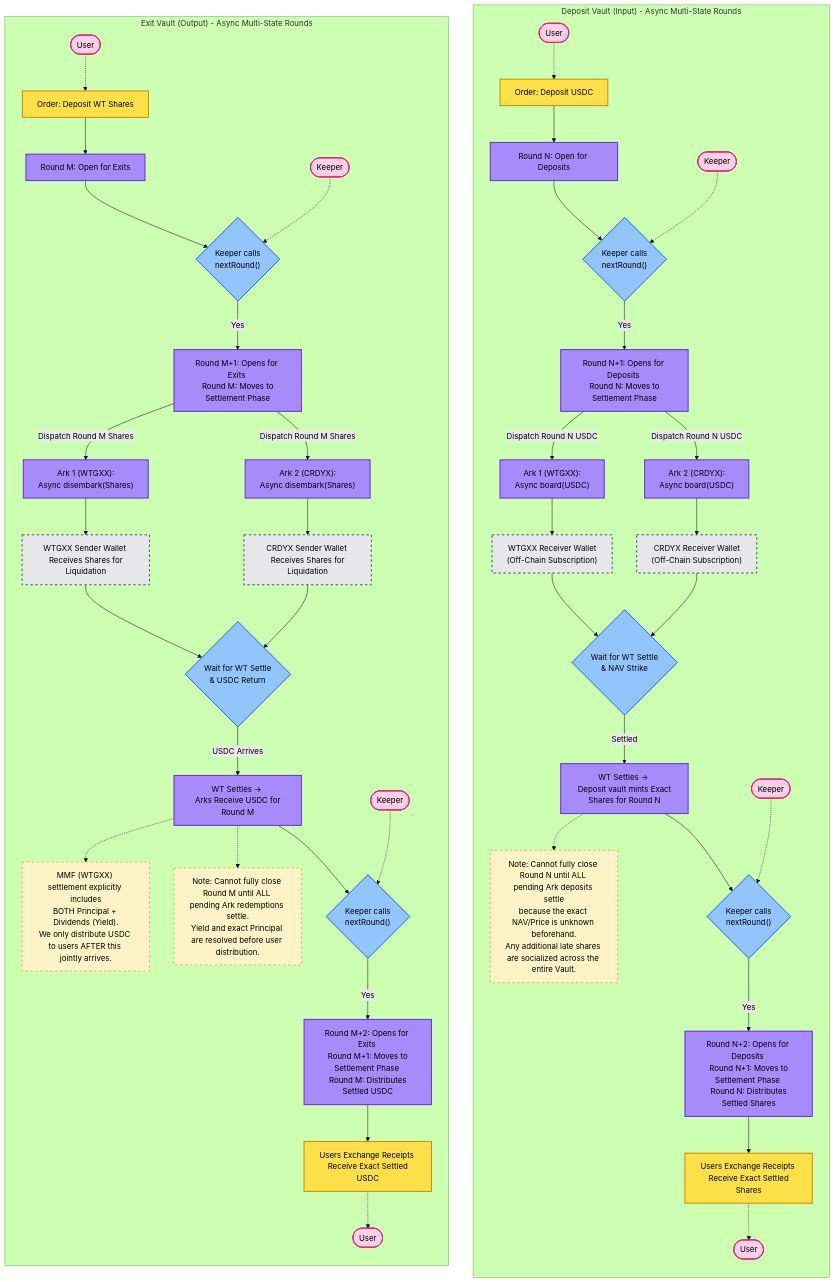
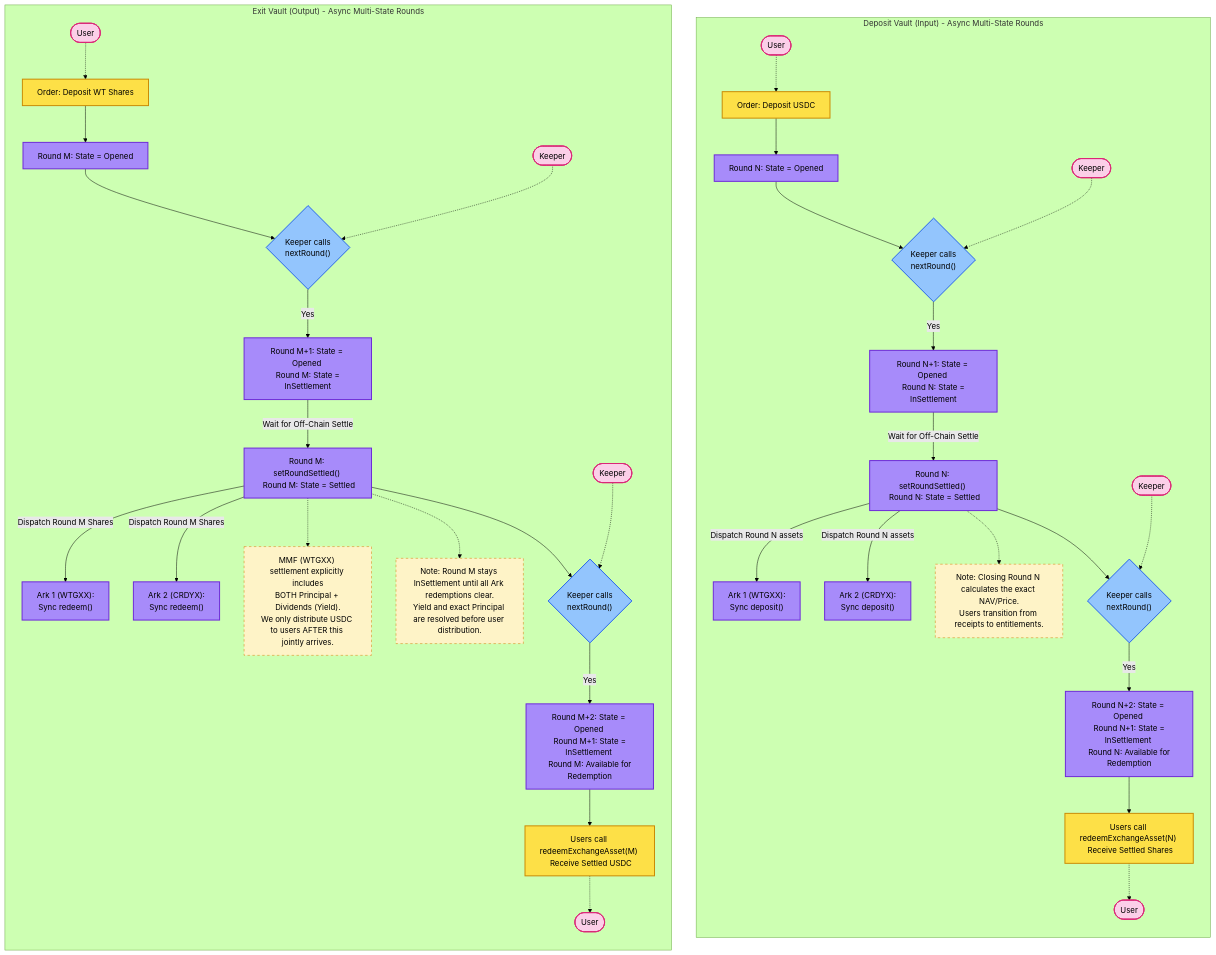
The third of 3 diagrams in packages/core-contracts/src/contracts/rounds-vault/docs/ROUNDS.md (OasisDEX/summer-earn-protocol), drawn with Mermaid (forest theme) before and after one commit. The commit also changed other lines of this file and 5 other files, not shown here.

Commit message:
docs: update rounds vault documentation and add technical references for fleet and wisdom tree ark components

```diff
--- a/packages/core-contracts/src/contracts/rounds-vault/docs/ROUNDS.md
+++ b/packages/core-contracts/src/contracts/rounds-vault/docs/ROUNDS.md
@@ -148,7 +146,7 @@
         Order_D["Order: Deposit USDC"]:::yellowNode
         User_D1 -.-> Order_D
 
-        RndN_D["Round N: Open for Deposits"]:::purpleNode
+        RndN_D["Round N: State = Opened"]:::purpleNode
         Order_D --> RndN_D
 
         K_D1(["Keeper"]):::pinkActor
@@ -157,28 +155,19 @@
 
         RndN_D --> Check_Rnd1_D
 
-        RndN1_D["Round N+1: Opens for Deposits <br/> Round N: Moves to Settlement Phase"]:::purpleNode
+        RndN1_D["Round N+1: State = Opened <br/> Round N: State = InSettlement"]:::purpleNode
         Check_Rnd1_D -->|Yes| RndN1_D
 
-        Split_Ark1_D["Ark 1 (WTGXX): <br/> Async board(USDC)"]:::purpleNode
-        Split_Ark2_D["Ark 2 (CRDYX): <br/> Async board(USDC)"]:::purpleNode
+        Settle_D["Round N: setRoundSettled() <br/> Round N: State = Settled"]:::purpleNode
+        RndN1_D -->|Wait for Off-Chain Settle| Settle_D
 
-        RndN1_D -->|Dispatch Round N USDC| Split_Ark1_D
-        RndN1_D -->|Dispatch Round N USDC| Split_Ark2_D
+        Split_Ark1_D["Ark 1 (WTGXX): <br/> Sync deposit()"]:::purpleNode
+        Split_Ark2_D["Ark 2 (CRDYX): <br/> Sync deposit()"]:::purpleNode
 
-        WT_D1["WTGXX Receiver Wallet <br/> (Off-Chain Subscription)"]:::externalNode
-        WT_D2["CRDYX Receiver Wallet <br/> (Off-Chain Subscription)"]:::externalNode
-        Split_Ark1_D --> WT_D1
-        Split_Ark2_D --> WT_D2
+        Settle_D -->|Dispatch Round N assets| Split_Ark1_D
+        Settle_D -->|Dispatch Round N assets| Split_Ark2_D
 
-        NavStrike_D{"Wait for WT Settle <br/> & NAV Strike"}:::blueDiamond
-        WT_D1 --> NavStrike_D
-        WT_D2 --> NavStrike_D
-
-        Settle_D["WT Settles -> <br/> Deposit vault mints Exact Shares for Round N"]:::purpleNode
-        NavStrike_D -->|Settled| Settle_D
-
-        Note_AsyncD["Note: Cannot fully close Round N until ALL pending Ark deposits settle<br/>because the exact NAV/Price is unknown beforehand.<br/>Any additional late shares are socialized across the entire Vault."]:::note
+        Note_AsyncD["Note: Closing Round N calculates the exact NAV/Price.<br/>Users transition from receipts to entitlements."]:::note
         Settle_D -.-> Note_AsyncD
 
         K_D2(["Keeper"]):::pinkActor
@@ -186,10 +175,10 @@
         K_D2 -.-> Check_Rnd2_D
         Settle_D --> Check_Rnd2_D
 
-        RndN2_D["Round N+2: Opens for Deposits <br/> Round N+1: Moves to Settlement Phase <br/> Round N: Distributes Settled Shares"]:::purpleNode
+        RndN2_D["Round N+2: State = Opened <br/> Round N+1: State = InSettlement <br/> Round N: Available for Redemption"]:::purpleNode
         Check_Rnd2_D -->|Yes| RndN2_D
 
-        Receive_D["Users Exchange Receipts <br/> Receive Exact Settled Shares"]:::yellowNode
+        Receive_D["Users call redeemExchangeAsset(N) <br/> Receive Settled Shares"]:::yellowNode
         RndN2_D --> Receive_D
 
         User_D2(["User"]):::pinkActor
@@ -205,7 +194,7 @@
         Order_W["Order: Deposit WT Shares"]:::yellowNode
         User_W1 -.-> Order_W
 
-        RndM_W["Round M: Open for Exits"]:::purpleNode
+        RndM_W["Round M: State = Opened"]:::purpleNode
         Order_W --> RndM_W
 
         K_W1(["Keeper"]):::pinkActor
@@ -214,31 +203,22 @@
 
         RndM_W --> Check_Rnd1_W
 
-        RndM1_W["Round M+1: Opens for Exits <br/> Round M: Moves to Settlement Phase"]:::purpleNode
+        RndM1_W["Round M+1: State = Opened <br/> Round M: State = InSettlement"]:::purpleNode
         Check_Rnd1_W -->|Yes| RndM1_W
 
-        Split_Ark1_W["Ark 1 (WTGXX): <br/> Async disembark(Shares)"]:::purpleNode
-        Split_Ark2_W["Ark 2 (CRDYX): <br/> Async disembark(Shares)"]:::purpleNode
+        Settle_W["Round M: setRoundSettled() <br/> Round M: State = Settled"]:::purpleNode
+        RndM1_W -->|Wait for Off-Chain Settle| Settle_W
 
-        RndM1_W -->|Dispatch Round M Shares| Split_Ark1_W
-        RndM1_W -->|Dispatch Round M Shares| Split_Ark2_W
+        Split_Ark1_W["Ark 1 (WTGXX): <br/> Sync redeem()"]:::purpleNode
+        Split_Ark2_W["Ark 2 (CRDYX): <br/> Sync redeem()"]:::purpleNode
 
-        WT_W1["WTGXX Sender Wallet <br/> Receives Shares for Liquidation"]:::externalNode
-        WT_W2["CRDYX Sender Wallet <br/> Receives Shares for Liquidation"]:::externalNode
-        Split_Ark1_W --> WT_W1
-        Split_Ark2_W --> WT_W2
-
-        NavStrike_W{"Wait for WT Settle <br/> & USDC Return"}:::blueDiamond
-        WT_W1 --> NavStrike_W
-        WT_W2 --> NavStrike_W
-
-        Settle_W["WT Settles -> <br/> Arks Receive USDC for Round M"]:::purpleNode
-        NavStrike_W -->|USDC Arrives| Settle_W
+        Settle_W -->|Dispatch Round M Shares| Split_Ark1_W
+        Settle_W -->|Dispatch Round M Shares| Split_Ark2_W
 
         Note_MMF["MMF (WTGXX) settlement explicitly includes<br/>BOTH Principal + Dividends (Yield).<br/>We only distribute USDC to users AFTER this jointly arrives."]:::note
         Settle_W -.-> Note_MMF
 
-        Note_AsyncW["Note: Cannot fully close Round M until ALL pending Ark redemptions settle.<br/>Yield and exact Principal are resolved before user distribution."]:::note
+        Note_AsyncW["Note: Round M stays InSettlement until all Ark redemptions clear.<br/>Yield and exact Principal are resolved before user distribution."]:::note
         Settle_W -.-> Note_AsyncW
 
         K_W2(["Keeper"]):::pinkActor
@@ -246,10 +226,10 @@
         K_W2 -.-> Check_Rnd2_W
         Settle_W --> Check_Rnd2_W
 
-        RndM2_W["Round M+2: Opens for Exits <br/> Round M+1: Moves to Settlement Phase <br/> Round M: Distributes Settled USDC"]:::purpleNode
+        RndM2_W["Round M+2: State = Opened <br/> Round M+1: State = InSettlement <br/> Round M: Available for Redemption"]:::purpleNode
         Check_Rnd2_W -->|Yes| RndM2_W
 
-        Receive_W["Users Exchange Receipts <br/> Receive Exact Settled USDC"]:::yellowNode
+        Receive_W["Users call redeemExchangeAsset(M) <br/> Receive Settled USDC"]:::yellowNode
         RndM2_W --> Receive_W
 
         User_W2(["User"]):::pinkActor
```
